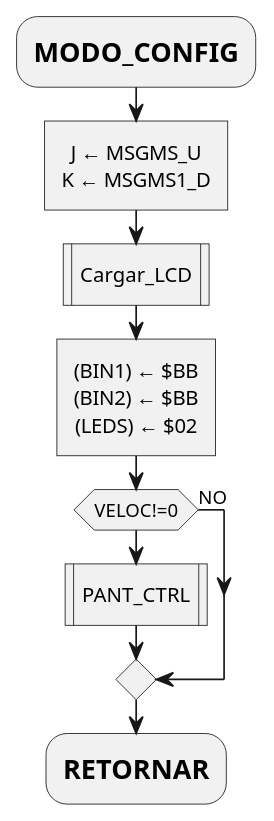
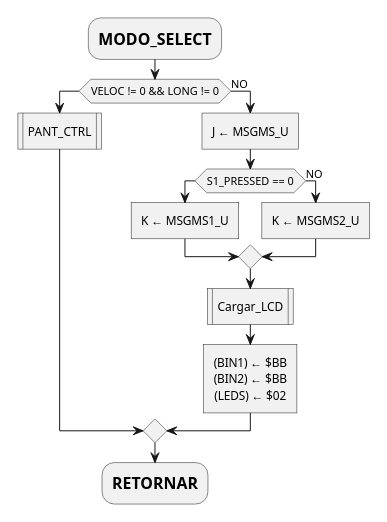
The sixth of 23 diagrams in report.md (mlndz28/pr-623), drawn with PlantUML before and after one commit. The commit also changed other lines of this file and 4 other files, not shown here.

Commit message:
docs: Parameters and diagrams

````diff
--- a/report.md
+++ b/report.md
@@ -236,18 +268,24 @@
 ```plantuml
 @startuml
+scale max 300 height
 skinparam monochrome true
 skinparam defaultTextAlignment center
-:=MODO_CONFIG;
-:J ← MSGMS_U
-K ← MSGMS1_D]
-:Cargar_LCD|
-:(BIN1) ← $BB
-(BIN2) ← $BB
-(LEDS) ← $02]
-if(VELOC!=0) then
+:=MODO_SELECT;
+if(VELOC != 0 && LONG != 0) then 
   :PANT_CTRL|
 else (NO)
-endif 
+  :J ← MSGMS_U]
+  if(S1_PRESSED == 0) then 
+    :K ← MSGMS1_U]
+  else (NO)
+    :K ← MSGMS2_U]
+  endif
+  :Cargar_LCD|
+  :(BIN1) ← $BB
+  (BIN2) ← $BB
+  (LEDS) ← $02]
+endif
 :=RETORNAR;
 
+@enduml
 ```
````
